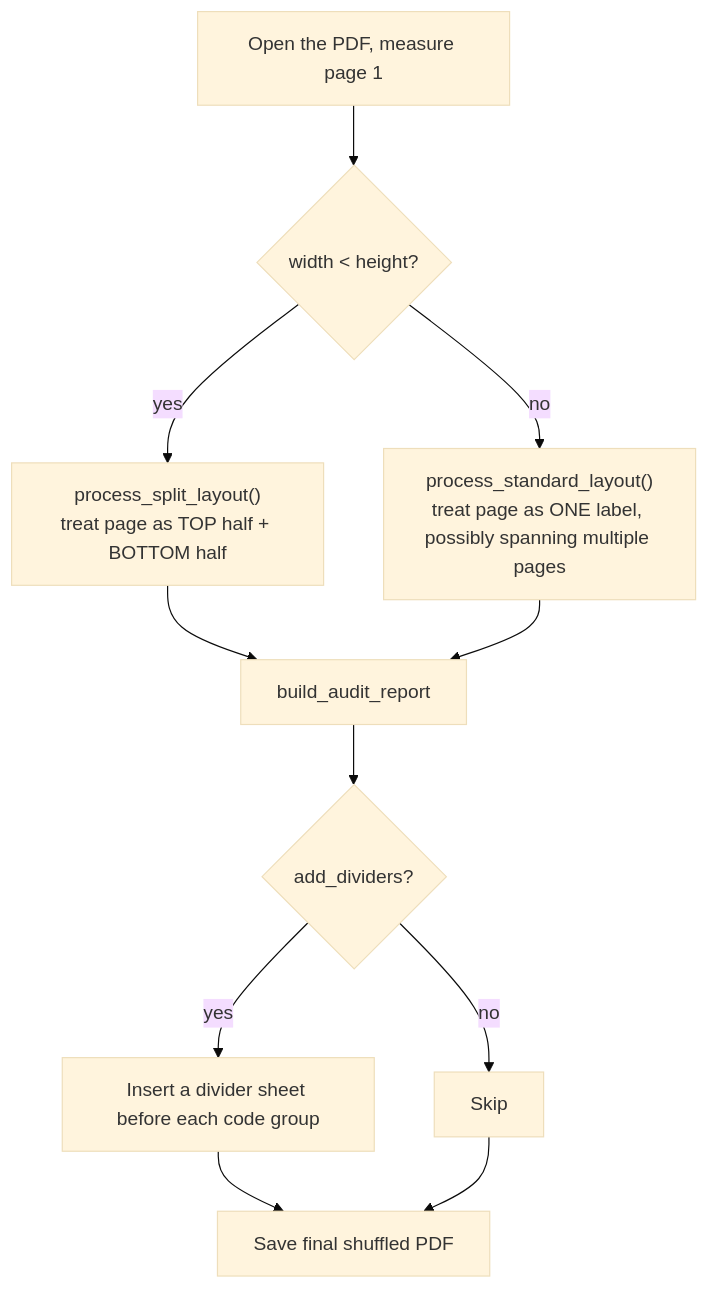
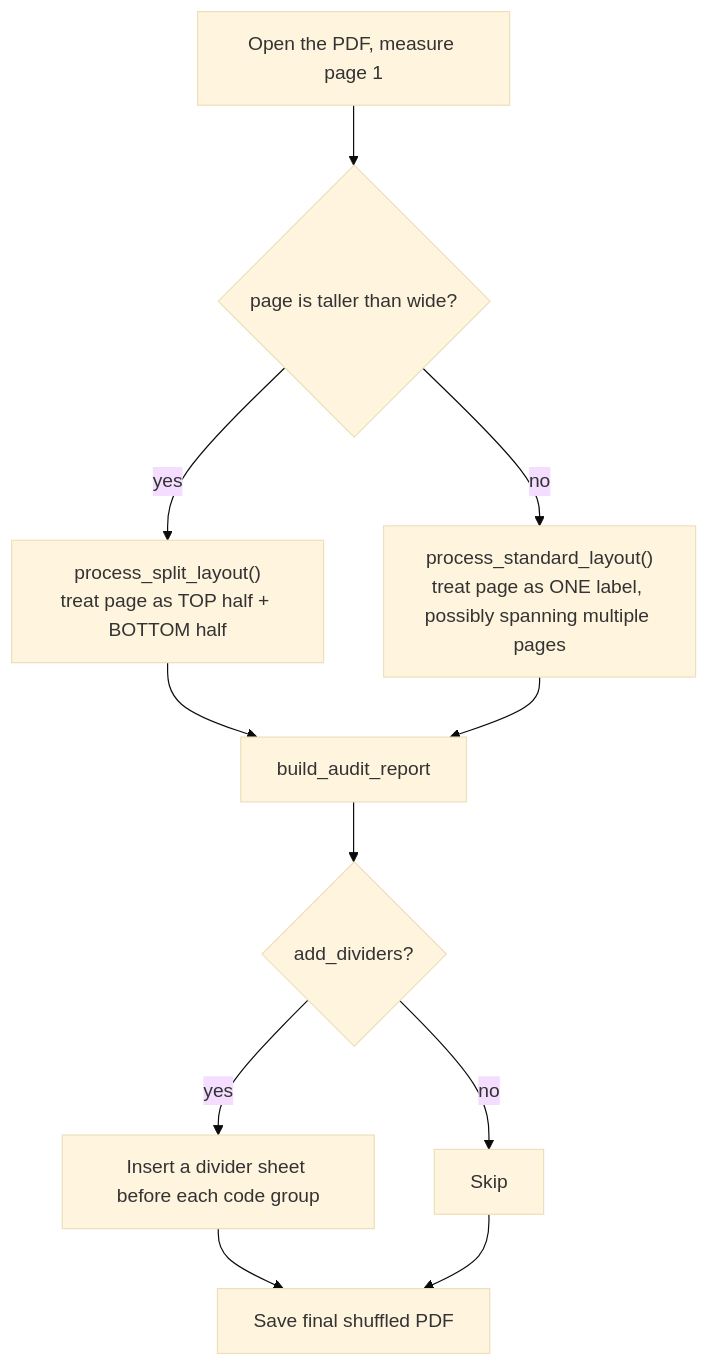
One commit to nesubat/Warehouse_app changed diagram 11 of 16 in CODE_GUIDE.md. Above: the diagram before and after it, drawn with Mermaid (base theme). The commit also changed other lines of this file and 2 other files, not shown here.

````diff
--- a/CODE_GUIDE.md
+++ b/CODE_GUIDE.md
@@ -558,13 +559,13 @@
 ```mermaid
 flowchart TD
-    A[Open the PDF, measure page 1] --> B{width < height?}
+    A[Open the PDF, measure page 1] --> B{"page is taller than wide?"}
     B -- yes --> C["process_split_layout()\ntreat page as TOP half + BOTTOM half"]
     B -- no --> D["process_standard_layout()\ntreat page as ONE label, possibly spanning multiple pages"]
     C --> E[build_audit_report]
     D --> E
     E --> F{add_dividers?}
     F -- yes --> G[Insert a divider sheet before each code group]
     F -- no --> H[Skip]
     G --> I[Save final shuffled PDF]
     H --> I
 ```
````
